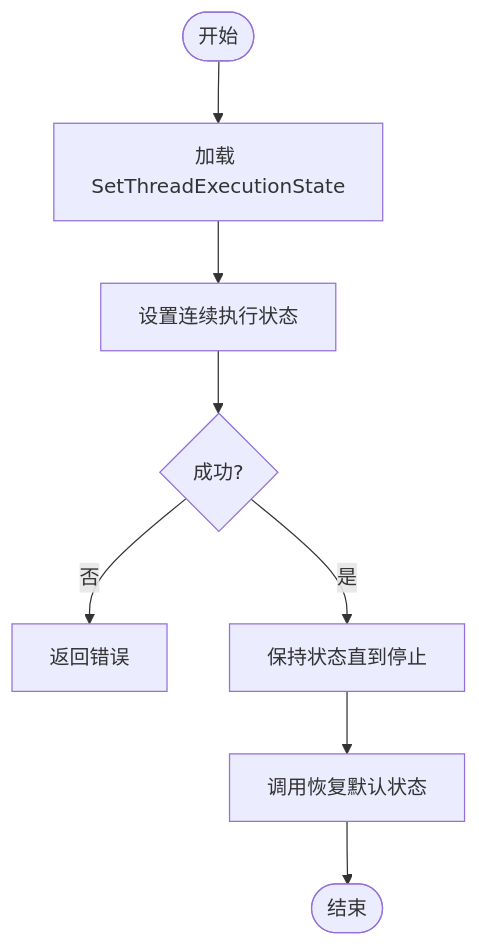
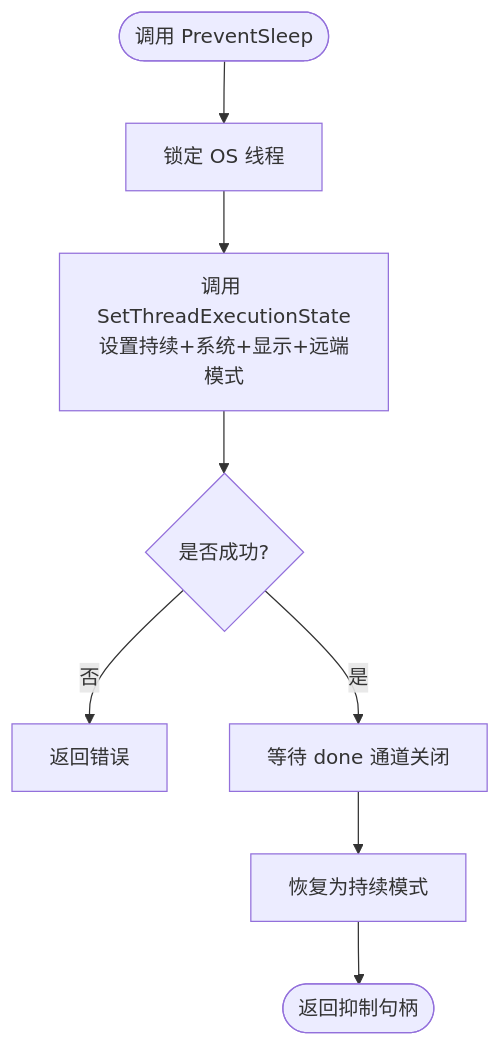
One commit to alvinwangzi/goodhr changed the fourth of 7 diagrams in .qoder/repowiki/zh/content/本地执行器/任务调度/电源管理.md. Above: the diagram before and after it, drawn with Mermaid. The commit also changed other lines of this file and 149 other files, not shown here.

````diff
--- a/.qoder/repowiki/zh/content/本地执行器/任务调度/电源管理.md
+++ b/.qoder/repowiki/zh/content/本地执行器/任务调度/电源管理.md
@@ -173,10 +151,10 @@
 ```mermaid
 flowchart TD
-Start(["开始"]) --> CheckAPI["加载 SetThreadExecutionState"]
-CheckAPI --> CallSet["设置连续执行状态"]
-CallSet --> Success{"成功?"}
-Success -- 否 --> ReturnErr["返回错误"]
-Success -- 是 --> Hold["保持状态直到停止"]
-Hold --> StopCall["调用恢复默认状态"]
-StopCall --> End(["结束"])
+Start(["调用 PreventSleep"]) --> Lock["锁定 OS 线程"]
+Lock --> CallAPI["调用 SetThreadExecutionState<br/>设置持续+系统+显示+远端模式"]
+CallAPI --> Result{"是否成功?"}
+Result --> |否| ReturnErr["返回错误"]
+Result --> |是| WaitDone["等待 done 通道关闭"]
+WaitDone --> Restore["恢复为持续模式"]
+Restore --> End(["返回抑制句柄"])
 ```
````
